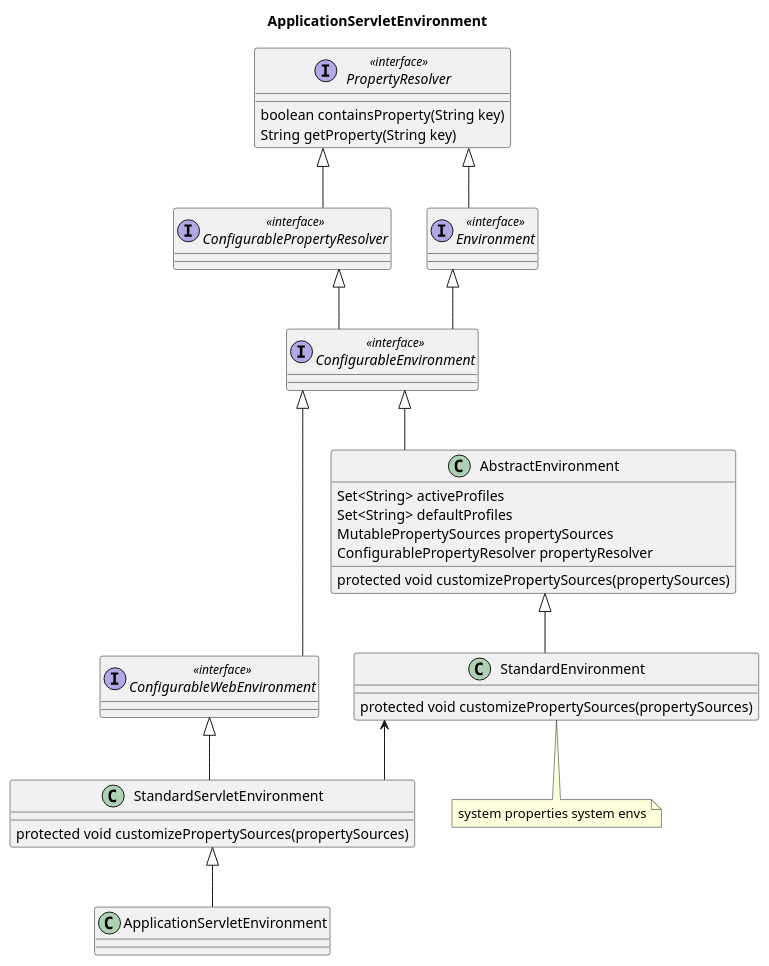
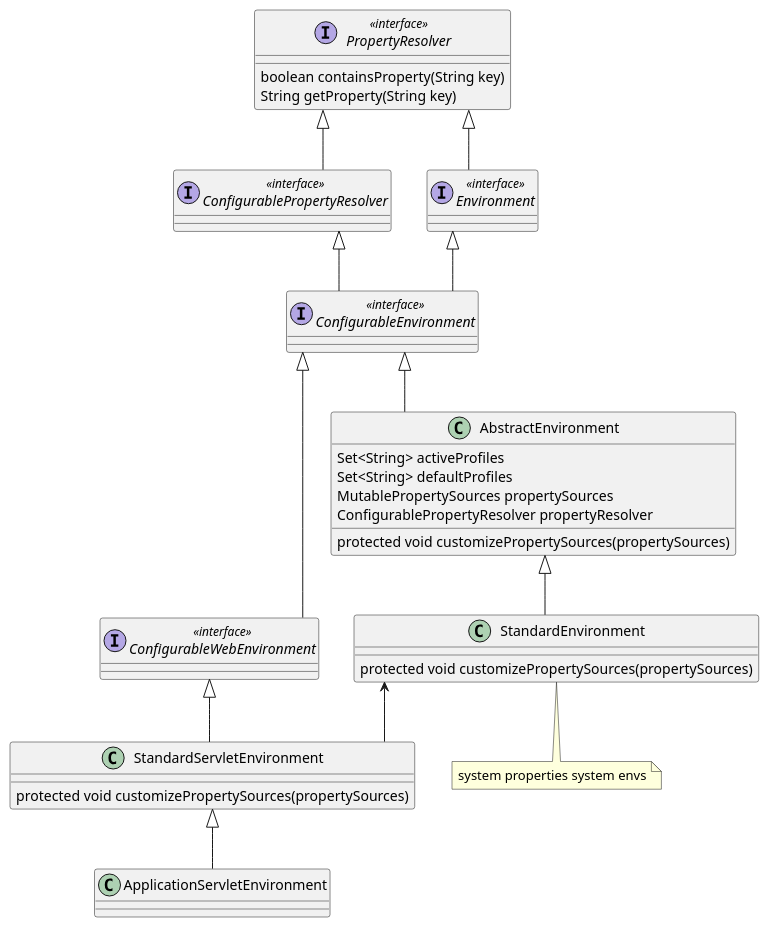
Before and after one commit to kevinwang930/kevinwang930.github.io: the sixth of 12 diagrams in content/post/java/spring/spring-boot.md, drawn with PlantUML. The commit also changed other lines of this file and 1 other file, not shown here.

````diff
--- a/content/post/java/spring/spring-boot.md
+++ b/content/post/java/spring/spring-boot.md
@@ -131,45 +135,44 @@
 ```plantuml
-title: ApplicationServletEnvironment
 skinparam linetype ortho
 
 
 ' Declare interfaces
 interface PropertyResolver <<interface>> {
     boolean containsProperty(String key)
     String getProperty(String key)
 }
 interface ConfigurablePropertyResolver <<interface>>
 interface Environment <<interface>>
 interface ConfigurableEnvironment <<interface>>
 interface ConfigurableWebEnvironment <<interface>>
 
 ' Declare classes
 class AbstractEnvironment {
     Set<String> activeProfiles
     Set<String> defaultProfiles
     MutablePropertySources propertySources
     ConfigurablePropertyResolver propertyResolver
     protected void customizePropertySources(propertySources)
 }
 class StandardEnvironment {
     protected void customizePropertySources(propertySources)
 }
 note "system properties system envs" as p1
 StandardEnvironment .. p1
 class StandardServletEnvironment {
     protected void customizePropertySources(propertySources)
 }
 class ApplicationServletEnvironment
 
 ' Define relationships with arrow pointing from class to interface (left to right)
 PropertyResolver <|-- ConfigurablePropertyResolver
 Environment <|-- ConfigurableEnvironment
 PropertyResolver <|-- Environment
 ConfigurablePropertyResolver<|-- ConfigurableEnvironment
 ConfigurableEnvironment <|-- ConfigurableWebEnvironment
 ConfigurableEnvironment <|-- AbstractEnvironment
 AbstractEnvironment  <|-- StandardEnvironment
  StandardEnvironment  <-- StandardServletEnvironment
 ConfigurableWebEnvironment  <|-- StandardServletEnvironment
 StandardServletEnvironment <|-- ApplicationServletEnvironment        
 ```
````
